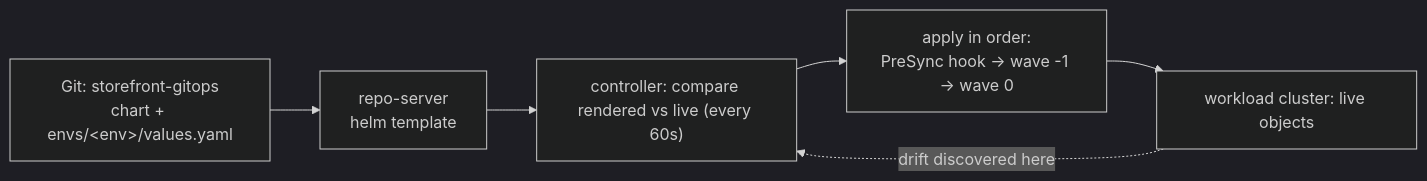
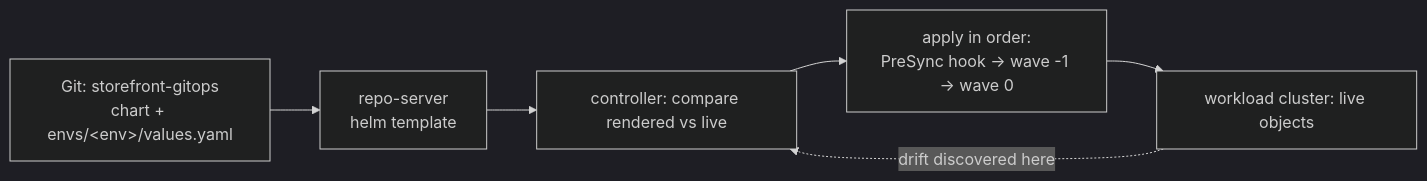
Before and after one commit to varoonsahgal/argo-new: the diagram in courseware/day-1/lab-03/README.md, drawn with Mermaid (dark theme). The commit also changed other lines of this file and 40 other files, not shown here.

````diff
--- a/courseware/day-1/lab-03/README.md
+++ b/courseware/day-1/lab-03/README.md
@@ -41,8 +41,8 @@
 ```mermaid
 flowchart LR
     C["Git: storefront-gitops<br/>chart + envs/&lt;env&gt;/values.yaml"] --> R["repo-server<br/>helm template"]
-    R --> CMP["controller: compare rendered vs live (every 60s)"]
+    R --> CMP["controller: compare rendered vs live"]
     CMP --> AP["apply in order:<br/>PreSync hook → wave -1 → wave 0"]
     AP --> L["workload cluster: live objects"]
     L -. "drift discovered here" .-> CMP
 ```
````
